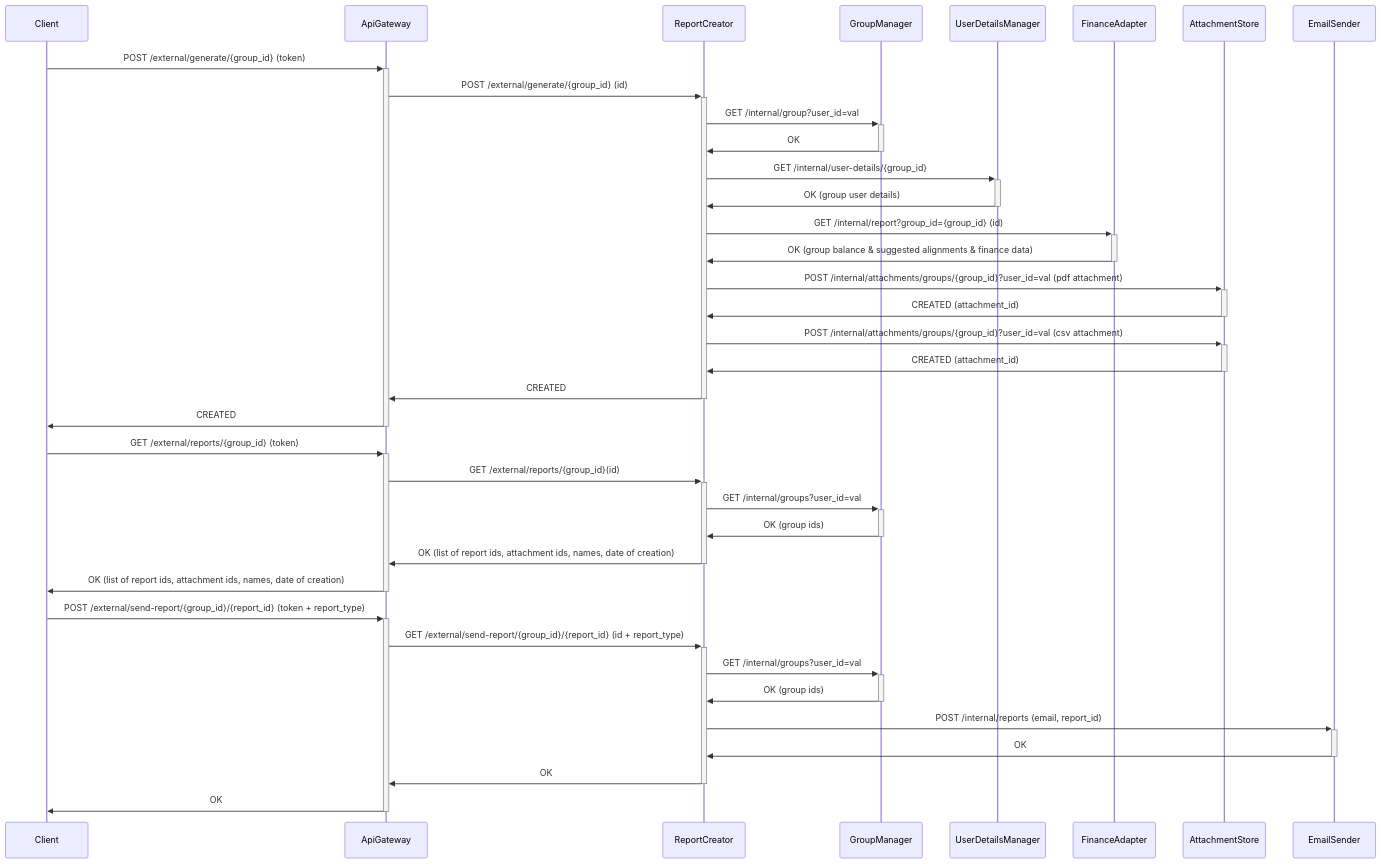
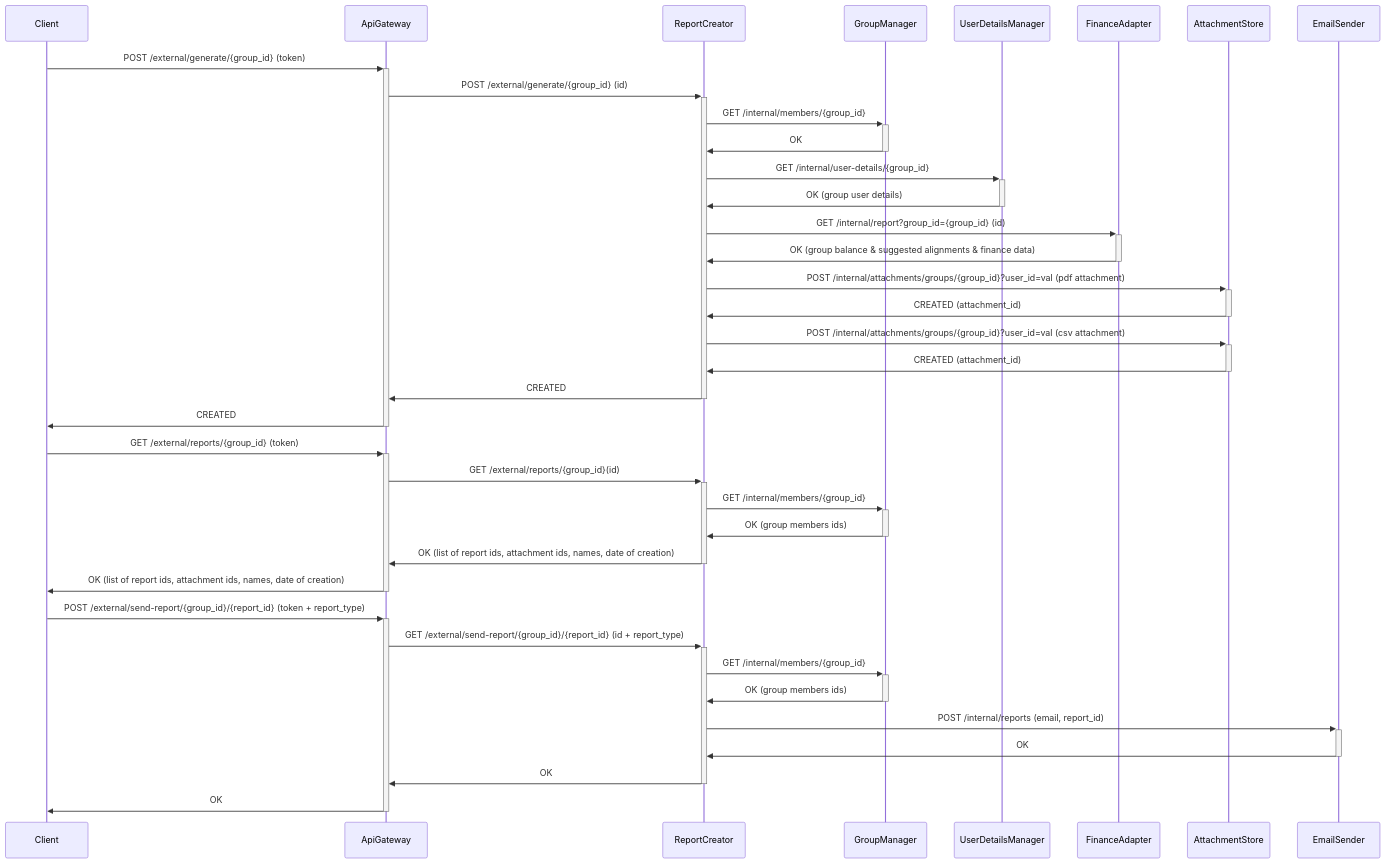
One commit to Group-Expense-Manager/gem-docs changed the ninth of 10 diagrams in docs/diagrams.md. Above: the diagram before and after it, drawn with Mermaid. The commit also changed other lines of this file and 2 other files, not shown here.

Commit message:
fixes + updated change log

````diff
--- a/docs/diagrams.md
+++ b/docs/diagrams.md
@@ -309,52 +309,35 @@
 ```mermaid
 sequenceDiagram
 
 Client->>+ApiGateway: POST /external/generate/{group_id} (token)
 ApiGateway->>+ReportCreator: POST /external/generate/{group_id} (id)
-ReportCreator->>+GroupManager: GET /internal/group?user_id=val
+ReportCreator->>+GroupManager: GET /internal/members/{group_id}
 GroupManager->>-ReportCreator: OK
 ReportCreator->>+UserDetailsManager: GET /internal/user-details/{group_id}
 UserDetailsManager->>-ReportCreator: OK (group user details)
 ReportCreator->>+ FinanceAdapter: GET /internal/report?group_id={group_id} (id)
 FinanceAdapter->>- ReportCreator: OK (group balance & suggested alignments & finance data)
 ReportCreator->>+AttachmentStore:  POST /internal/attachments/groups/{group_id}?user_id=val (pdf attachment)
 AttachmentStore->>-ReportCreator: CREATED (attachment_id)
 ReportCreator->>+AttachmentStore:  POST /internal/attachments/groups/{group_id}?user_id=val (csv attachment)
 AttachmentStore->>-ReportCreator: CREATED (attachment_id)
 ReportCreator->>-ApiGateway: CREATED
 ApiGateway->>-Client: CREATED
 
 Client->>+ApiGateway: GET /external/reports/{group_id} (token)
 ApiGateway->>+ReportCreator: GET /external/reports/{group_id}(id)
-ReportCreator->>+GroupManager: GET /internal/groups?user_id=val
-GroupManager->>-ReportCreator: OK (group ids)
+ReportCreator->>+GroupManager: GET /internal/members/{group_id}
+GroupManager->>-ReportCreator: OK (group members ids)
 ReportCreator->>-ApiGateway: OK (list of report ids, attachment ids, names, date of creation)
 ApiGateway->>-Client: OK (list of report ids, attachment ids, names, date of creation)
 
 Client->>+ApiGateway: POST /external/send-report/{group_id}/{report_id} (token + report_type)
 ApiGateway->>+ReportCreator: GET /external/send-report/{group_id}/{report_id} (id + report_type)
-ReportCreator->>+GroupManager: GET /internal/groups?user_id=val
-GroupManager->>-ReportCreator: OK (group ids)
+ReportCreator->>+GroupManager: GET /internal/members/{group_id}
+GroupManager->>-ReportCreator: OK (group members ids)
 ReportCreator->>+EmailSender: POST /internal/reports (email, report_id)
 EmailSender->>-ReportCreator: OK
 ReportCreator->>-ApiGateway: OK
 ApiGateway->>-Client: OK
 
-%%Client->>+ApiGateway: GET /external/download-pdf-report/{group_id}/{report_id} (token)
-%%ApiGateway->>+ReportCreator: GET /external/download-pdf-report/{group_id}/{report_id} (id)
-%%ReportCreator->>+GroupManager: GET /internal/groups?user_id=val
-%%GroupManager->>-ReportCreator: OK
-%%ReportCreator->>+AttachmentStore: GET /internal/attachments/groups/{group_id}/{attachment_id}  (id)
-%%AttachmentStore->>-ReportCreator: OK (attachment)
-%%ReportCreator->>-ApiGateway: OK (pdf)
-%%ApiGateway->>-Client: OK (pdf)
-%%
-%%Client->>+ApiGateway: GET /external/download-csv-report/{group_id}/{report_id} (token)
-%%ApiGateway->>+ReportCreator: GET /external/download-csv-report/{group_id}/{report_id} (id)
-%%ReportCreator->>+GroupManager: GET /internal/groups?user_id=val 
-%%GroupManager->>-ReportCreator: OK
-%%ReportCreator->>+AttachmentStore: GET /internal/attachments/groups/{group_id}/{attachment_id}  (id)
-%%AttachmentStore->>-ReportCreator: OK (attachment)
-%%ReportCreator->>-ApiGateway: OK (csv)
-%%ApiGateway->>-Client: OK (csv)
 ```
````
